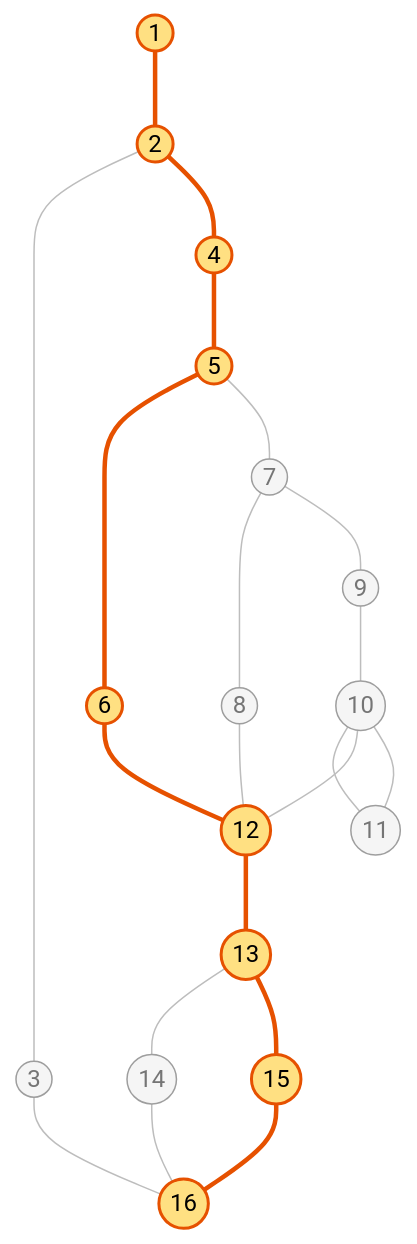
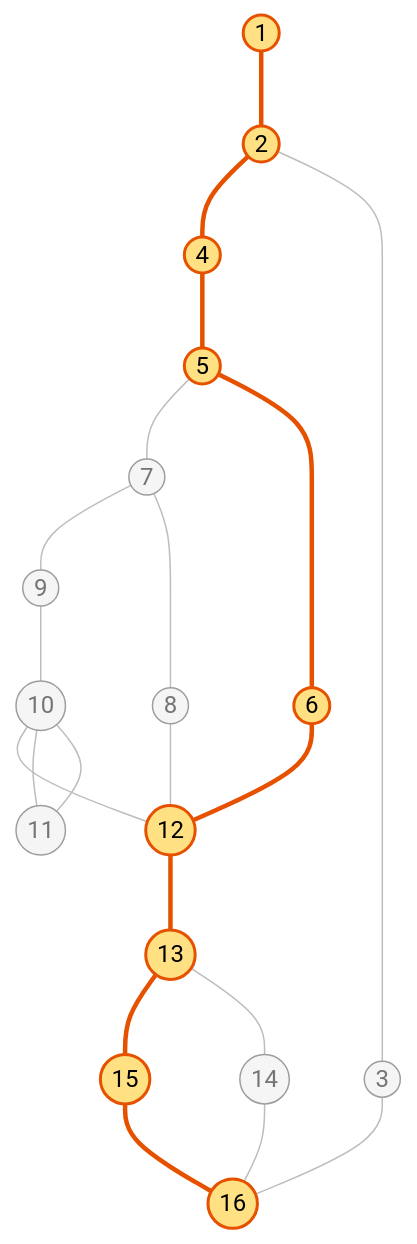
The third of 7 diagrams in tests/docs/caja_blanca_03_puntaje_total_usuario.md (bloedige/itdb_ctf), drawn with Mermaid (base theme) before and after one commit. The commit also changed other lines of this file and 47 other files, not shown here.

````diff
--- a/tests/docs/caja_blanca_03_puntaje_total_usuario.md
+++ b/tests/docs/caja_blanca_03_puntaje_total_usuario.md
@@ -155,28 +187,28 @@
 ```mermaid
 graph TD
     n1((1)) --- n2((2))
-    n2 --- n3((3))
-    n3 --- n16((16))
     n2 --- n4((4))
     n4 --- n5((5))
-    n5 --- n6((6))
-    n6 --- n12((12))
     n5 --- n7((7))
+    n7 --- n9((9))
+    n9 --- n10((10))
+    n10 --- n12((12))
+    n12 --- n13((13))
+    n13 --- n15((15))
+    n15 --- n16((16))
+    n13 --- n14((14))
+    n14 --- n16
+    n10 --- n11((11))
+    n11 --- n10
     n7 --- n8((8))
     n8 --- n12
-    n7 --- n9((9))
-    n9 --- n10((10))
-    n10 --- n11((11))
-    n11 --- n10
-    n10 --- n12
-    n12 --- n13((13))
-    n13 --- n14((14))
-    n14 --- n16
-    n13 --- n15((15))
-    n15 --- n16
+    n5 --- n6((6))
+    n6 --- n12
+    n2 --- n3((3))
+    n3 --- n16
     classDef default fill:#f5f5f5,stroke:#9e9e9e,color:#757575
     classDef camino fill:#ffe082,stroke:#e65100,stroke-width:2px,color:#000
     class n1,n2,n4,n5,n6,n12,n13,n15,n16 camino
     linkStyle default stroke:#bdbdbd,stroke-width:1px
-    linkStyle 0,3,4,5,6,15,18,19 stroke:#e65100,stroke-width:3px
+    linkStyle 0,1,2,16,17,7,8,9 stroke:#e65100,stroke-width:3px
 ```
````
